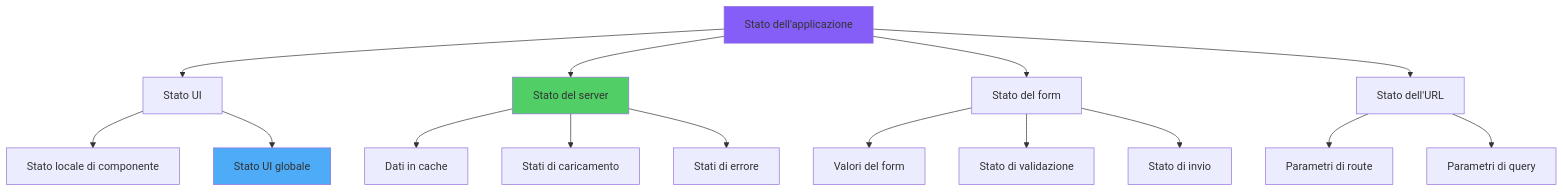
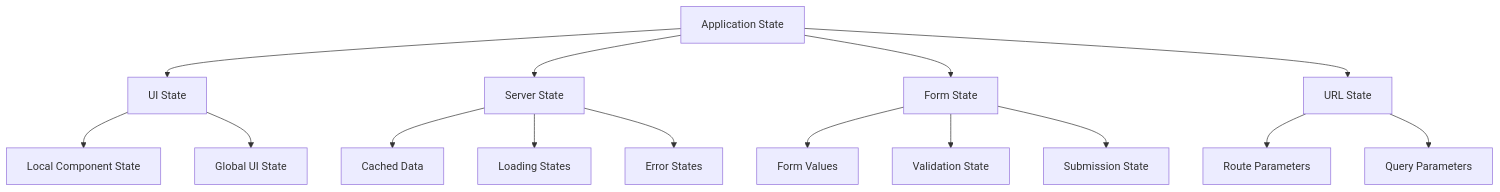
Before and after one commit to BabaScience/react-guides: the first of 7 diagrams in arguments/chapters/it/06-state-management.md, drawn with Mermaid. The commit also changed other lines of this file and 29 other files, not shown here.

First line of the commit message:
Bring React FR/IT translations to full English parity + theme-safe diagrams

````diff
--- a/arguments/chapters/it/06-state-management.md
+++ b/arguments/chapters/it/06-state-management.md
@@ -18,25 +26,22 @@
 ```mermaid
 graph TD
-    A["Stato dell'applicazione"] --> B["Stato UI"]
-    A --> C["Stato del server"]
-    A --> D["Stato del form"]
-    A --> E["Stato dell'URL"]
-
-    B --> B1["Stato locale di componente"]
-    B --> B2["Stato UI globale"]
-
-    C --> C1["Dati in cache"]
-    C --> C2["Stati di caricamento"]
-    C --> C3["Stati di errore"]
-
-    D --> D1["Valori del form"]
-    D --> D2["Stato di validazione"]
-    D --> D3["Stato di invio"]
-
-    E --> E1["Parametri di route"]
-    E --> E2["Parametri di query"]
-
-    style A fill:#845ef7
-    style B2 fill:#4dabf7
-    style C fill:#51cf66
+    A[Application State] --> B[UI State]
+    A --> C[Server State]
+    A --> D[Form State]
+    A --> E[URL State]
+    
+    B --> B1[Local Component State]
+    B --> B2[Global UI State]
+    
+    C --> C1[Cached Data]
+    C --> C2[Loading States]
+    C --> C3[Error States]
+    
+    D --> D1[Form Values]
+    D --> D2[Validation State]
+    D --> D3[Submission State]
+    
+    E --> E1[Route Parameters]
+    E --> E2[Query Parameters]
+    
 ```
````
